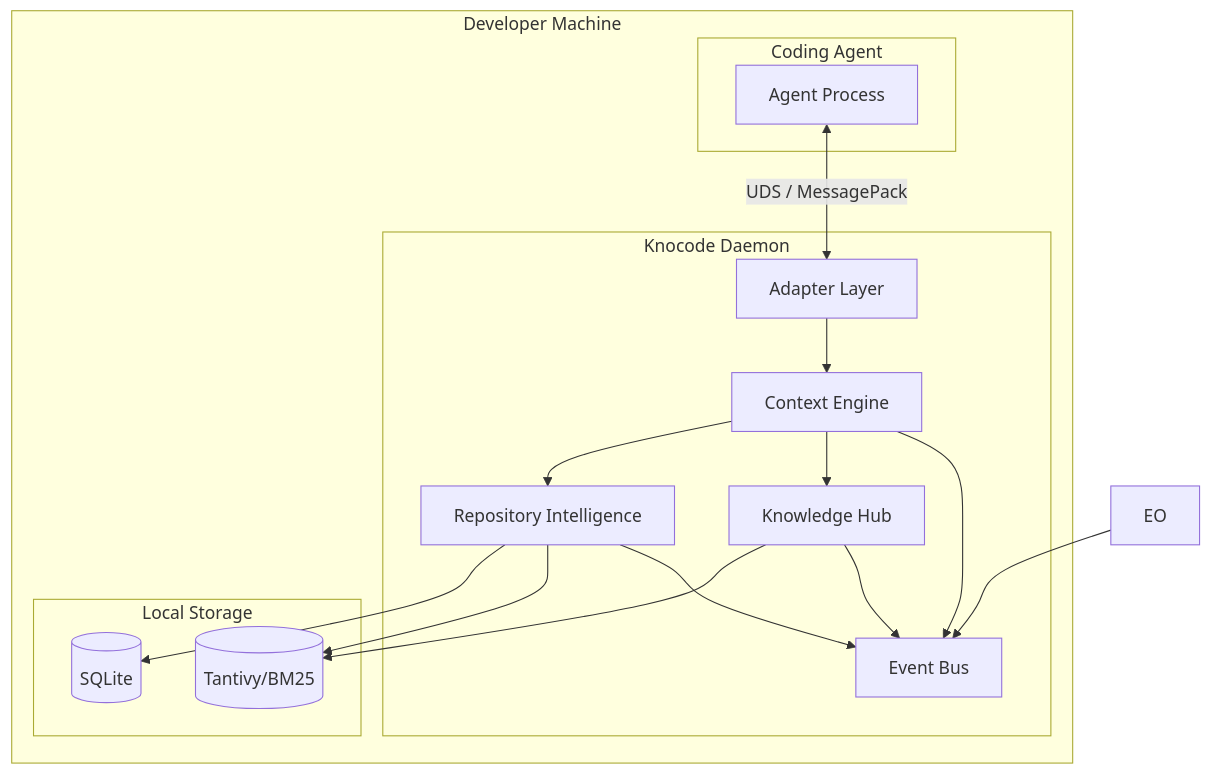
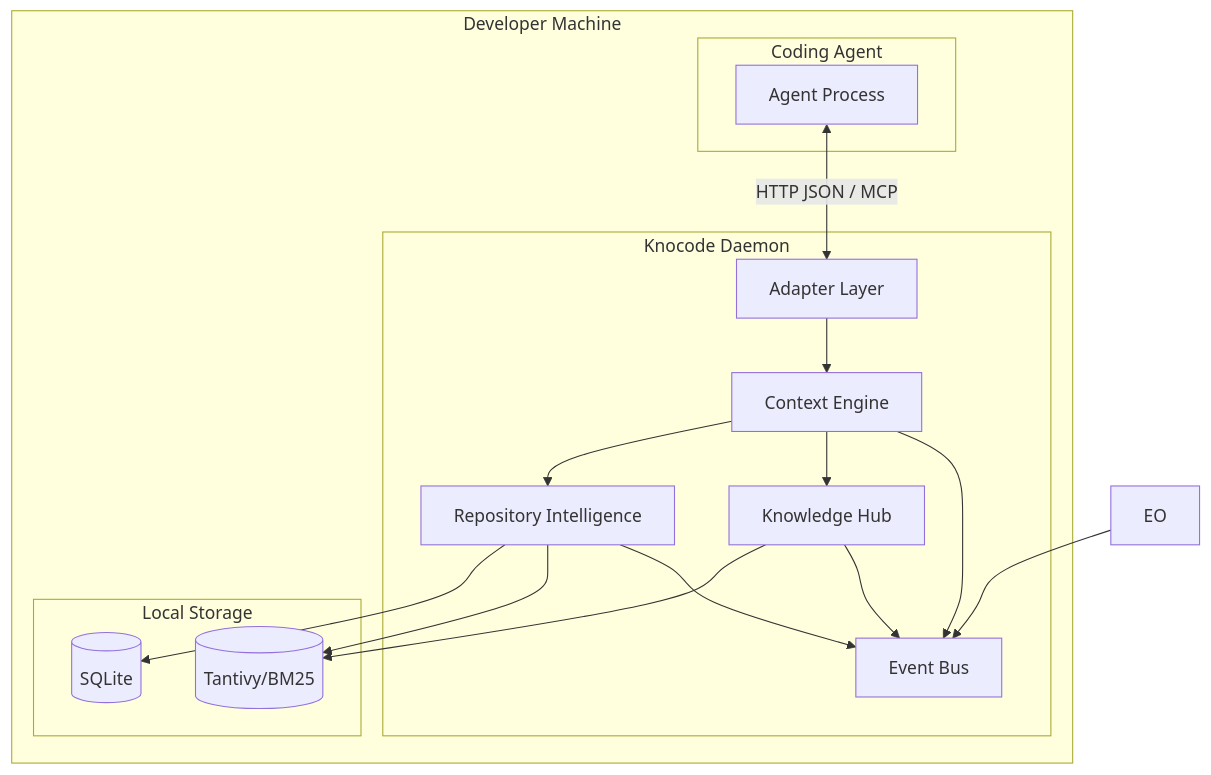
One commit to leonortega/knocode changed the first of 2 diagrams in docs/01-architecture/ARCHITECTURE.md. Above: the diagram before and after it, drawn with Mermaid. The commit also changed other lines of this file and 51 other files, not shown here.

````diff
--- a/docs/01-architecture/ARCHITECTURE.md
+++ b/docs/01-architecture/ARCHITECTURE.md
@@ -21,35 +21,35 @@
 ```mermaid
 graph TB
     subgraph Developer Machine
         subgraph Coding Agent
             CA[Agent Process]
         end
 
         subgraph Knocode Daemon
             AD[Adapter Layer]
             CE[Context Engine]
             RI[Repository Intelligence]
             KH[Knowledge Hub]
             EB[Event Bus]
         end
 
         subgraph Local Storage
             DB[(SQLite)]
             TV[(Tantivy/BM25)]
         end
     end
 
-    CA <-->|UDS / MessagePack| AD
+    CA <-->|HTTP JSON / MCP| AD
     AD --> CE
     CE --> RI
     CE --> KH
 
     RI --> DB
     RI --> TV
     KH --> TV
 
     CE --> EB
     RI --> EB
     KH --> EB
     EO --> EB
 ```
````
